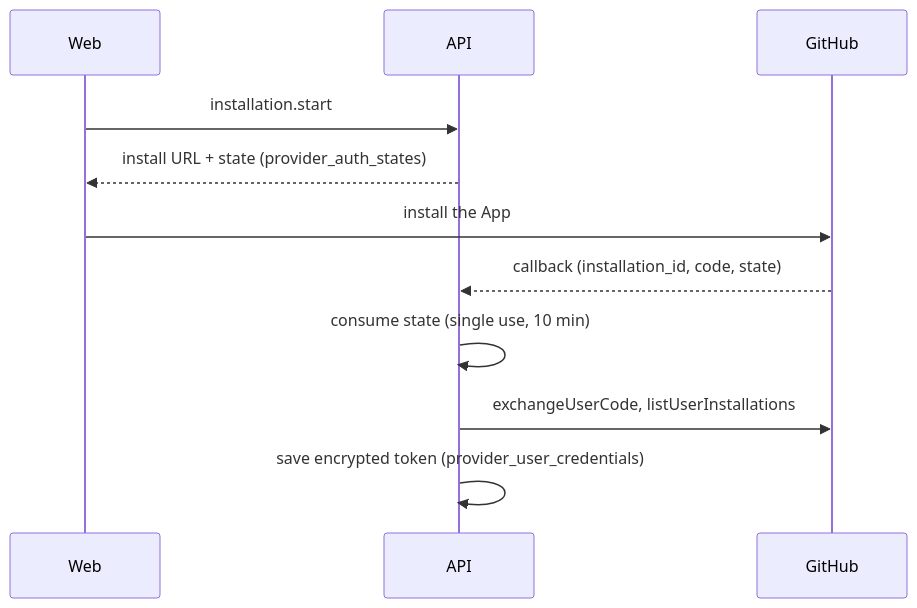
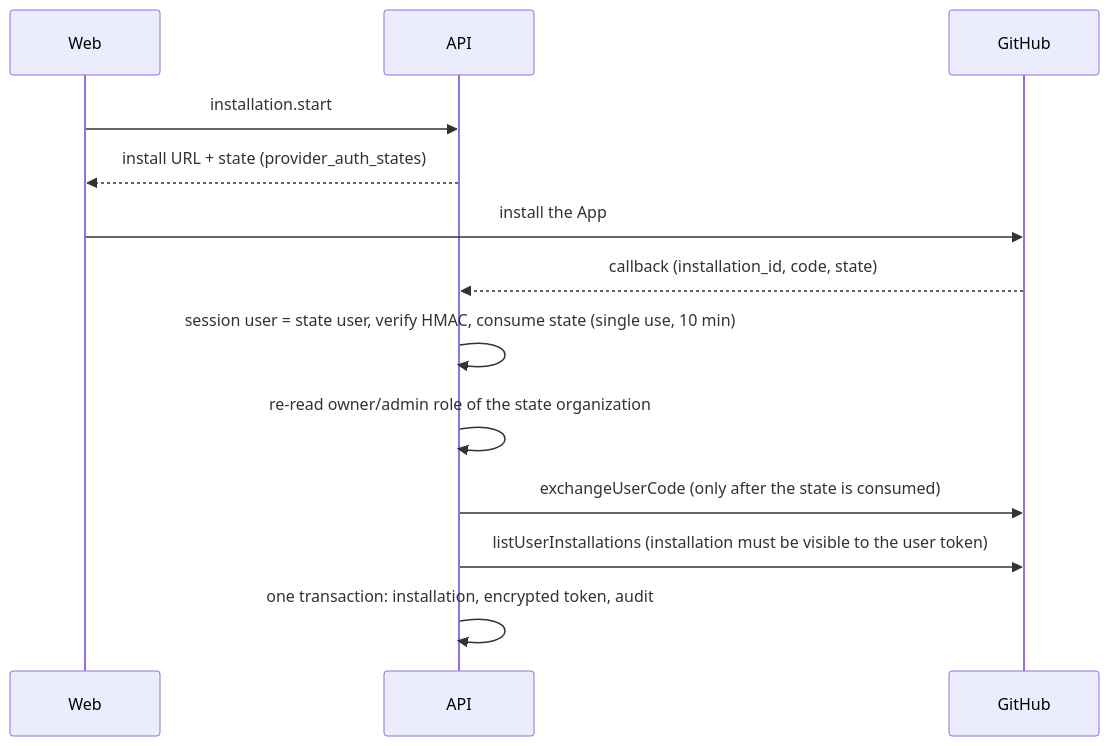
One commit to koklo-dev/koklo changed diagram 28 of 36 in docs/architecture.md. Above: the diagram before and after it, drawn with Mermaid. The commit also changed other lines of this file and 41 other files, not shown here.

Commit message:
feat(api): add the GitHub App installation flow and its OAuth callback

````diff
--- a/docs/architecture.md
+++ b/docs/architecture.md
@@ -963,13 +963,15 @@
   ```mermaid
   sequenceDiagram
     participant W as Web
     participant A as API
     participant G as GitHub
     W->>A: installation.start
     A-->>W: install URL + state (provider_auth_states)
     W->>G: install the App
     G-->>A: callback (installation_id, code, state)
-    A->>A: consume state (single use, 10 min)
-    A->>G: exchangeUserCode, listUserInstallations
-    A->>A: save encrypted token (provider_user_credentials)
+    A->>A: session user = state user, verify HMAC, consume state (single use, 10 min)
+    A->>A: re-read owner/admin role of the state organization
+    A->>G: exchangeUserCode (only after the state is consumed)
+    A->>G: listUserInstallations (installation must be visible to the user token)
+    A->>A: one transaction: installation, encrypted token, audit
   ```
````
